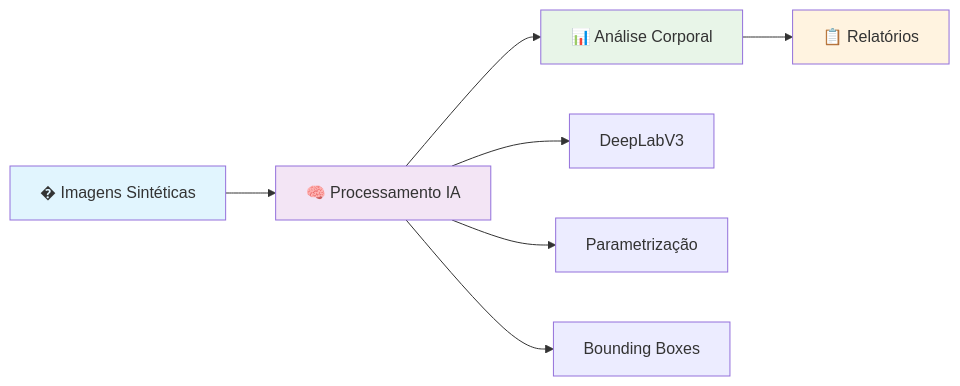
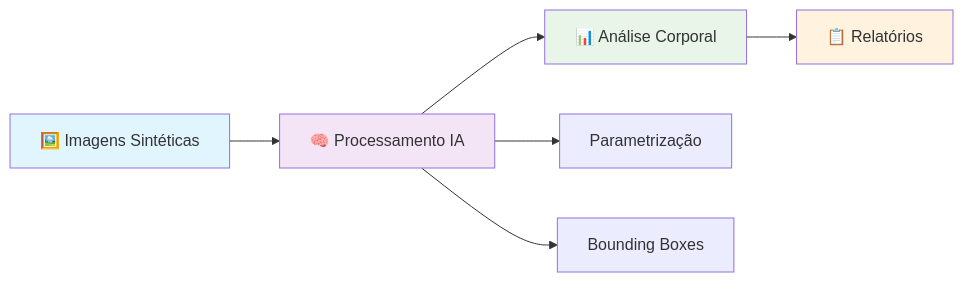
One commit to danilorigitano/DesafioInovia-dev changed the first of 9 diagrams in README.md. Above: the diagram before and after it, drawn with Mermaid. The commit also changed other lines of this file and 8 other files, not shown here.

````diff
--- a/README.md
+++ b/README.md
@@ -5,15 +5,14 @@
 ```mermaid
 graph LR
-    A[�️ Imagens Sintéticas] --> B[🧠 Processamento IA]
+    A[🖼️ Imagens Sintéticas] --> B[🧠 Processamento IA]
     B --> C[📊 Análise Corporal]
     C --> D[📋 Relatórios]
     
-    B --> B1[DeepLabV3]
     B --> B2[Parametrização]
     B --> B3[Bounding Boxes]
     
     style A fill:#e1f5fe
     style B fill:#f3e5f5
     style C fill:#e8f5e8
     style D fill:#fff3e0
 ```
````
